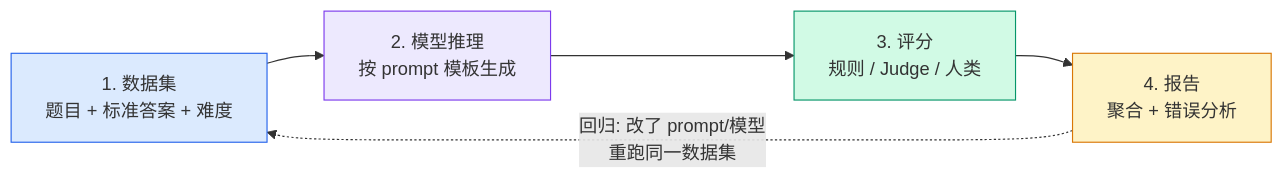
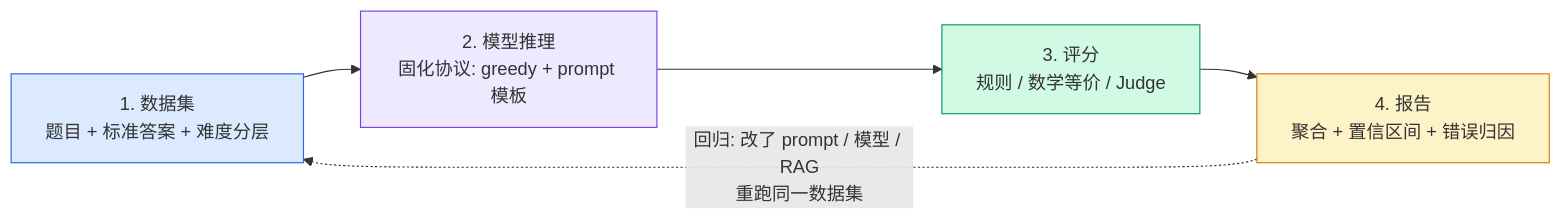
The first of 3 diagrams in book/chapters/chapter-03-standard-pipeline.md (zenHeart/evals), drawn with Mermaid before and after one commit. The commit also changed other lines of this file and 6 other files, not shown here.

````diff
--- a/book/chapters/chapter-03-standard-pipeline.md
+++ b/book/chapters/chapter-03-standard-pipeline.md
@@ -18,11 +21,11 @@
 ```mermaid
 flowchart LR
-    A["1. 数据集<br/>题目 + 标准答案 + 难度"] --> B["2. 模型推理<br/>按 prompt 模板生成"]
-    B --> C["3. 评分<br/>规则 / Judge / 人类"]
-    C --> D["4. 报告<br/>聚合 + 错误分析"]
-    D -.->|"回归: 改了 prompt/模型<br/>重跑同一数据集"| A
+    A["1. 数据集<br/>题目 + 标准答案 + 难度分层"] --> B["2. 模型推理<br/>固化协议: greedy + prompt 模板"]
+    B --> C["3. 评分<br/>规则 / 数学等价 / Judge"]
+    C --> D["4. 报告<br/>聚合 + 置信区间 + 错误归因"]
+    D -.->|"回归: 改了 prompt / 模型 / RAG<br/>重跑同一数据集"| A
     style A fill:#dbeafe,stroke:#2563eb
     style B fill:#ede9fe,stroke:#7c3aed
     style C fill:#d1fae5,stroke:#059669
     style D fill:#fef3c7,stroke:#d97706
 ```
````
